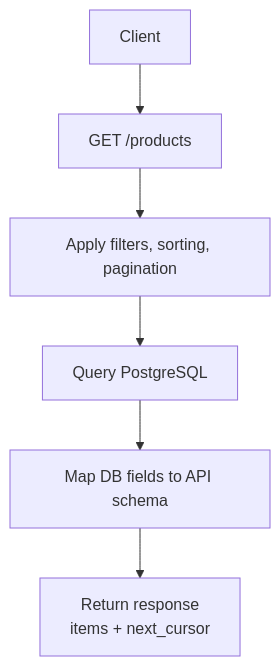
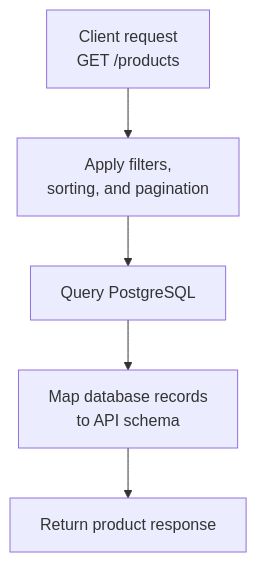
One commit to rayajose/writing-portfolio changed the third of 3 diagrams in docs/api/architecture.md. Above: the diagram before and after it, drawn with Mermaid. The commit also changed other lines of this file and 8 other files, not shown here.

````diff
--- a/docs/api/architecture.md
+++ b/docs/api/architecture.md
@@ -257,8 +223,21 @@
 ```mermaid
 flowchart TD
-    A["Client"] --> B["GET /products"]
-    B --> C["Apply filters, sorting, pagination"]
-    C --> D["Query PostgreSQL"]
-    D --> E["Map DB fields to API schema"]
-    E --> F["Return response<br>items + next_cursor"]
+
+    A["Client request
+    GET /products"]
+
+    B["Apply filters,
+    sorting, and pagination"]
+
+    C["Query PostgreSQL"]
+
+    D["Map database records
+    to API schema"]
+
+    E["Return product response"]
+
+    A --> B
+    B --> C
+    C --> D
+    D --> E
 ```
````
